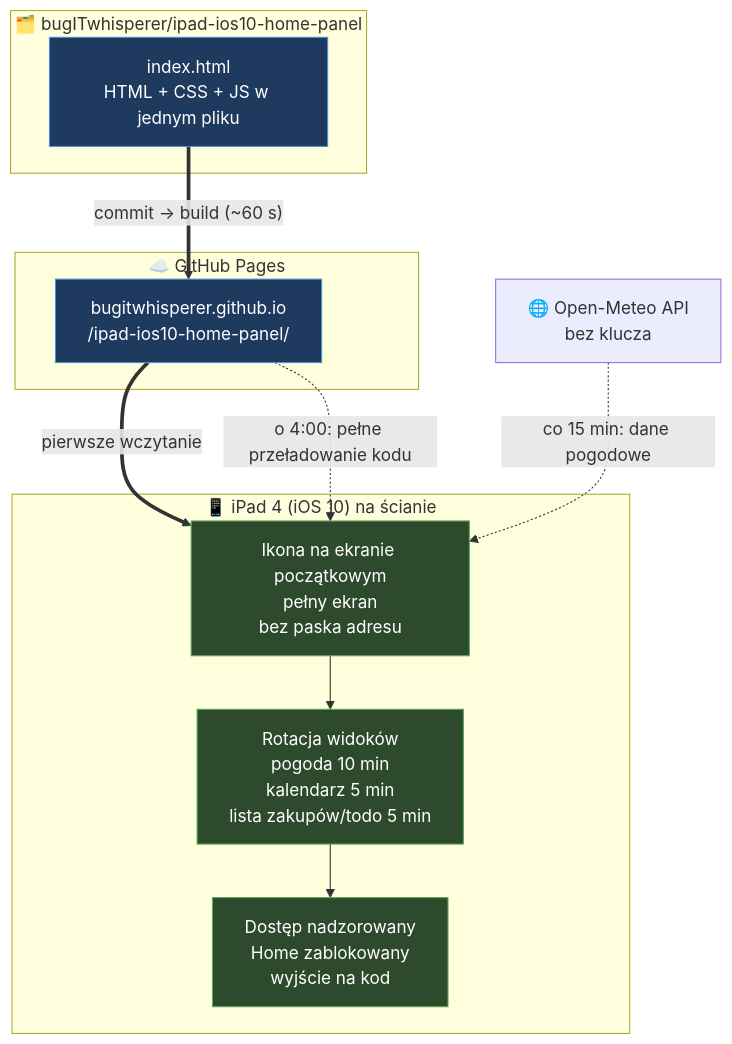
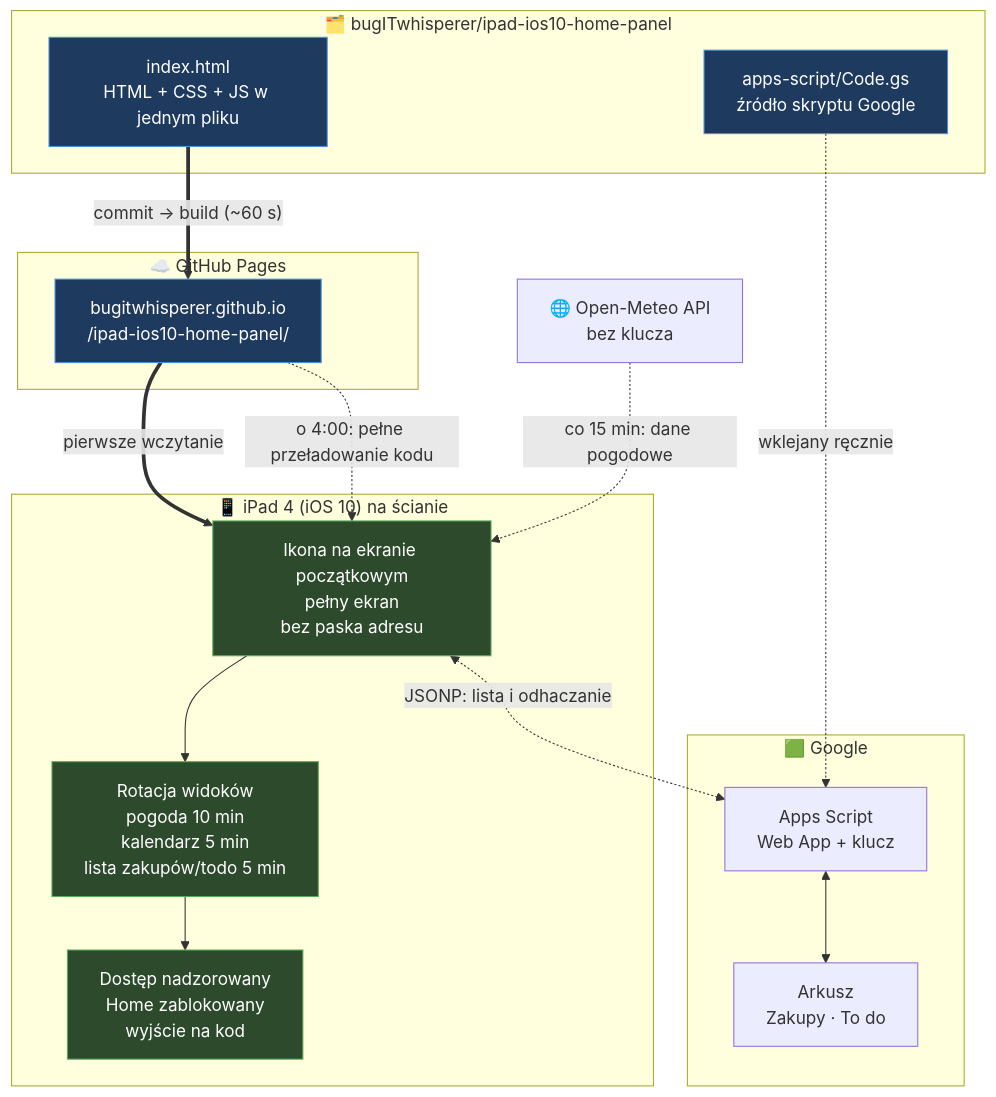
The diagram in README.md (bugITwhisperer/ipad-ios10-home-panel), drawn with Mermaid before and after one commit. The commit also changed other lines of this file and 7 other files, not shown here.

Commit message:
chore: struktura projektu - nowe dir ze zmiana nazw plikow apps-script/, health-check/list.html, przycisk Wyczyść, README PL/EN, aktualizacja testow

````diff
--- a/README.md
+++ b/README.md
@@ -97,29 +155,38 @@
 ```mermaid
 graph TD
     subgraph REPO["🗂️ bugITwhisperer/ipad-ios10-home-panel"]
         HTML["index.html<br/>HTML + CSS + JS w jednym pliku"]
+        GS["apps-script/Code.gs<br/>źródło skryptu Google"]
     end
 
     subgraph PAGES["☁️ GitHub Pages"]
         SITE["bugitwhisperer.github.io<br/>/ipad-ios10-home-panel/"]
     end
 
     subgraph IPAD["📱 iPad 4 (iOS 10) na ścianie"]
         ICON["Ikona na ekranie początkowym<br/>pełny ekran<br/>bez paska adresu"]
         ROT["Rotacja widoków<br/>pogoda 10 min<br/>kalendarz 5 min<br/>lista zakupów/todo 5 min"]
         GUIDED["Dostęp nadzorowany<br/>Home zablokowany<br/>wyjście na kod"]
         ICON --> ROT --> GUIDED
     end
 
     API["🌐 Open-Meteo API<br/>bez klucza"]
 
+    subgraph GOOGLE["🟩 Google"]
+        SCRIPT["Apps Script<br/>Web App + klucz"]
+        SHEET["Arkusz<br/>Zakupy · To do"]
+        SCRIPT <--> SHEET
+    end
+
     HTML == "commit → build (~60 s)" ==> SITE
     SITE == "pierwsze wczytanie" ==> ICON
     API -. "co 15 min: dane pogodowe" .-> ICON
     SITE -. "o 4:00: pełne przeładowanie kodu" .-> ICON
+    ICON <-. "JSONP: lista i odhaczanie" .-> SCRIPT
+    GS -. "wklejany ręcznie" .-> SCRIPT
 
     classDef repo fill:#1e3a5f,stroke:#4a90d9,color:#fff
     classDef dev fill:#2d4a2d,stroke:#5aaa5a,color:#fff
-    class HTML,SITE repo
+    class HTML,SITE,GS repo
     class ICON,ROT,GUIDED dev
 ```
````
